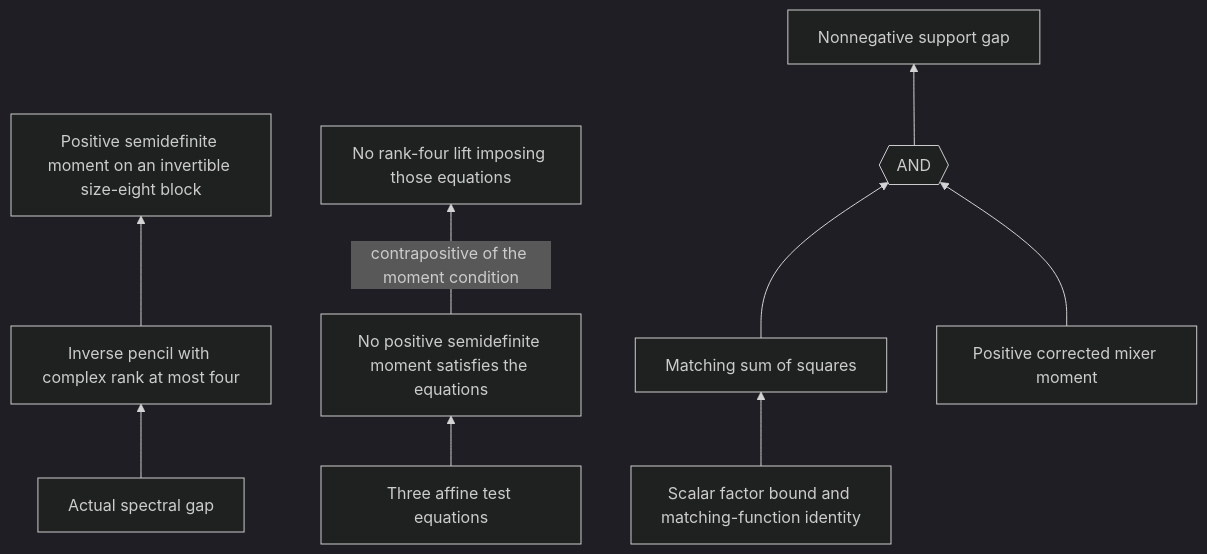
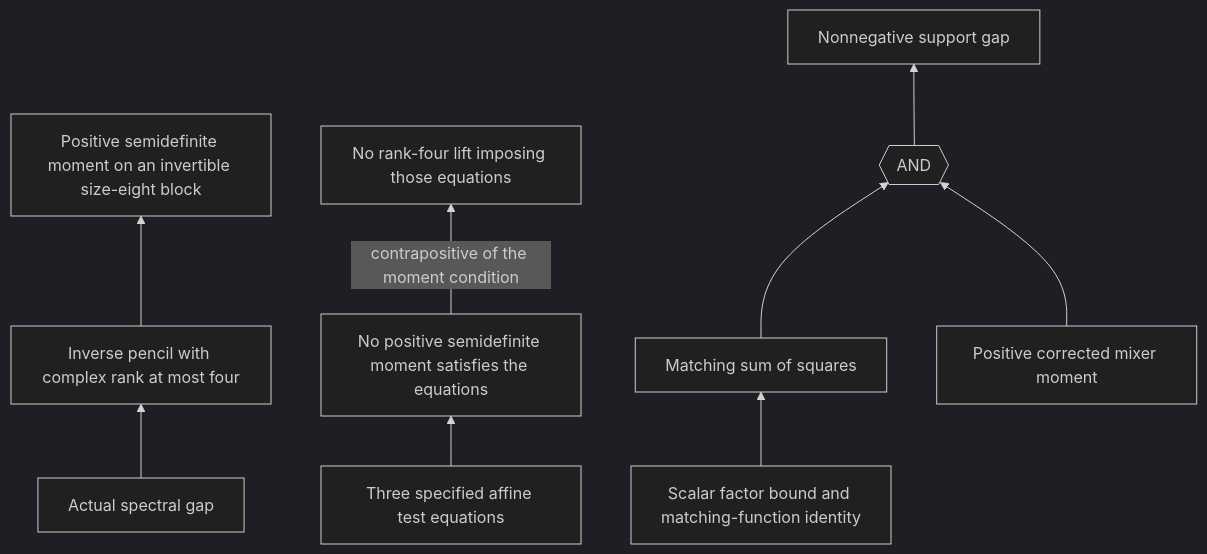
One commit to ascendnoosphere/MOC changed the diagram in Docs/research-attempts-proof-map.md. Above: the diagram before and after it, drawn with Mermaid (dark theme). The commit also changed other lines of this file and 148 other files, not shown here.

````diff
--- a/Docs/research-attempts-proof-map.md
+++ b/Docs/research-attempts-proof-map.md
@@ -50,22 +34,22 @@
 ```mermaid
 flowchart BT
     Spectra["Actual spectral gap"]
     Rank["Inverse pencil with complex rank at most four"]
     Moment["Positive semidefinite moment on an invertible size-eight block"]
-    Eqns["Three affine test equations"]
+    Eqns["Three specified affine test equations"]
     NoMoment["No positive semidefinite moment satisfies the equations"]
     Reject["No rank-four lift imposing those equations"]
     Star["Scalar factor bound and matching-function identity"]
     Squares["Matching sum of squares"]
     Both{{"AND"}}
     Corr["Positive corrected mixer moment"]
     Bound["Nonnegative support gap"]
     Spectra --> Rank
     Rank --> Moment
     Eqns --> NoMoment
     NoMoment -->|"contrapositive of the moment condition"| Reject
     Star --> Squares
     Squares --> Both
     Corr --> Both
     Both --> Bound
 ```
````
